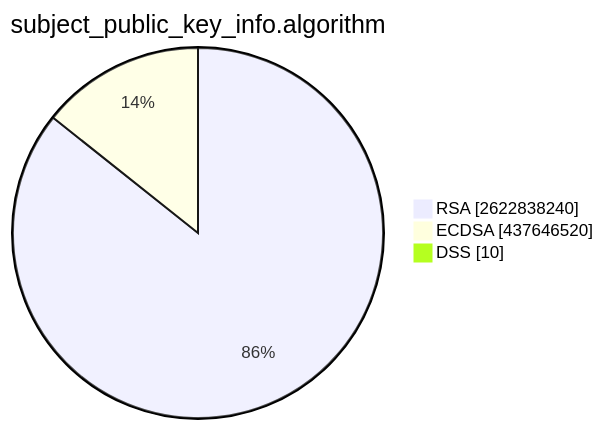
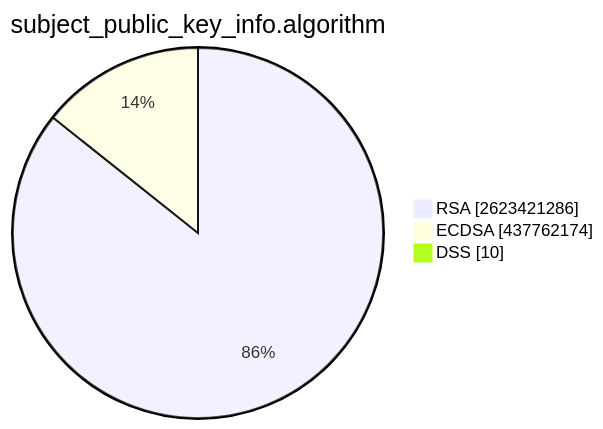
The second of 15 diagrams in TOTAL/README.md (christiankrug/ctmonitor_visualization), drawn with Mermaid before and after one commit. The commit also changed other lines of this file, not shown here.

````diff
--- a/TOTAL/README.md
+++ b/TOTAL/README.md
@@ -6,7 +6,7 @@
 ```mermaid
 pie showData
 title subject_public_key_info.algorithm
-"RSA" :2622838240
-"ECDSA" :437646520
+"RSA" :2623421286
+"ECDSA" :437762174
 "DSS" :10
 ```
````
